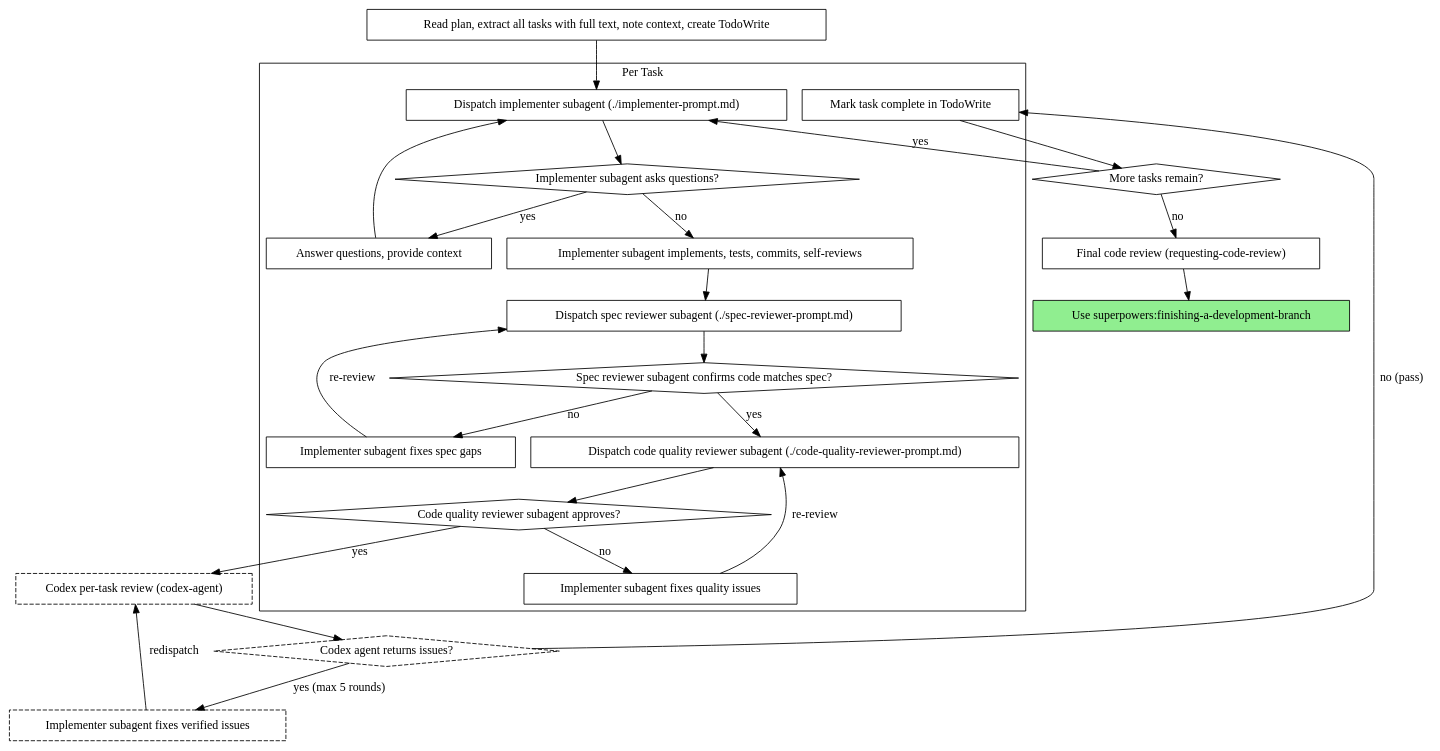
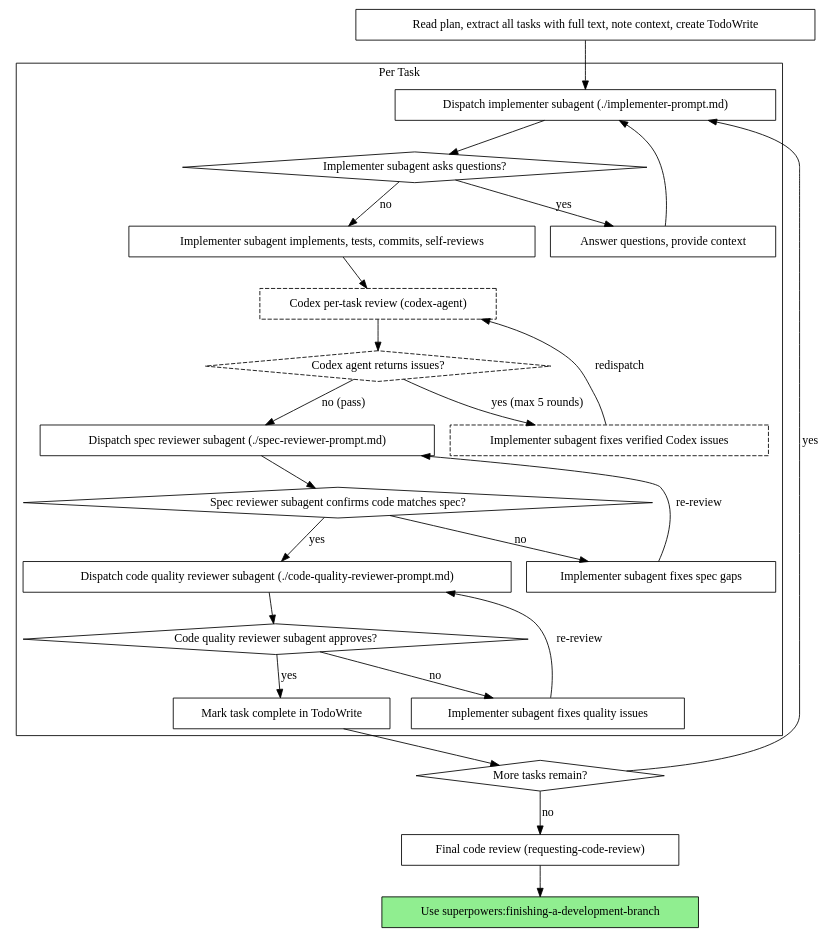
The second of 2 diagrams in skills/subagent-driven-development/SKILL.md (ebitoro/superpowers), drawn with Graphviz before and after one commit. The commit also changed other lines of this file and 3 other files, not shown here.

First line of the commit message:
refactor(review-order): move Codex review before spec compliance in both skills

````diff
--- a/skills/subagent-driven-development/SKILL.md
+++ b/skills/subagent-driven-development/SKILL.md
@@ -71,51 +71,51 @@
 ```dot
 digraph process {
     rankdir=TB;
 
     subgraph cluster_per_task {
         label="Per Task";
         "Dispatch implementer subagent (./implementer-prompt.md)" [shape=box];
         "Implementer subagent asks questions?" [shape=diamond];
         "Answer questions, provide context" [shape=box];
         "Implementer subagent implements, tests, commits, self-reviews" [shape=box];
+        "Codex per-task review (codex-agent)" [shape=box style=dashed];
+        "Codex agent returns issues?" [shape=diamond style=dashed];
+        "Implementer subagent fixes verified Codex issues" [shape=box style=dashed];
         "Dispatch spec reviewer subagent (./spec-reviewer-prompt.md)" [shape=box];
         "Spec reviewer subagent confirms code matches spec?" [shape=diamond];
         "Implementer subagent fixes spec gaps" [shape=box];
         "Dispatch code quality reviewer subagent (./code-quality-reviewer-prompt.md)" [shape=box];
         "Code quality reviewer subagent approves?" [shape=diamond];
         "Implementer subagent fixes quality issues" [shape=box];
         "Mark task complete in TodoWrite" [shape=box];
     }
 
     "Read plan, extract all tasks with full text, note context, create TodoWrite" [shape=box];
     "More tasks remain?" [shape=diamond];
     "Final code review (requesting-code-review)" [shape=box];
     "Use superpowers:finishing-a-development-branch" [shape=box style=filled fillcolor=lightgreen];
 
     "Read plan, extract all tasks with full text, note context, create TodoWrite" -> "Dispatch implementer subagent (./implementer-prompt.md)";
     "Dispatch implementer subagent (./implementer-prompt.md)" -> "Implementer subagent asks questions?";
     "Implementer subagent asks questions?" -> "Answer questions, provide context" [label="yes"];
     "Answer questions, provide context" -> "Dispatch implementer subagent (./implementer-prompt.md)";
     "Implementer subagent asks questions?" -> "Implementer subagent implements, tests, commits, self-reviews" [label="no"];
-    "Implementer subagent implements, tests, commits, self-reviews" -> "Dispatch spec reviewer subagent (./spec-reviewer-prompt.md)";
+    "Implementer subagent implements, tests, commits, self-reviews" -> "Codex per-task review (codex-agent)";
+    "Codex per-task review (codex-agent)" -> "Codex agent returns issues?";
+    "Codex agent returns issues?" -> "Implementer subagent fixes verified Codex issues" [label="yes (max 5 rounds)"];
+    "Implementer subagent fixes verified Codex issues" -> "Codex per-task review (codex-agent)" [label="redispatch"];
+    "Codex agent returns issues?" -> "Dispatch spec reviewer subagent (./spec-reviewer-prompt.md)" [label="no (pass)"];
     "Dispatch spec reviewer subagent (./spec-reviewer-prompt.md)" -> "Spec reviewer subagent confirms code matches spec?";
     "Spec reviewer subagent confirms code matches spec?" -> "Implementer subagent fixes spec gaps" [label="no"];
     "Implementer subagent fixes spec gaps" -> "Dispatch spec reviewer subagent (./spec-reviewer-prompt.md)" [label="re-review"];
     "Spec reviewer subagent confirms code matches spec?" -> "Dispatch code quality reviewer subagent (./code-quality-reviewer-prompt.md)" [label="yes"];
     "Dispatch code quality reviewer subagent (./code-quality-reviewer-prompt.md)" -> "Code quality reviewer subagent approves?";
     "Code quality reviewer subagent approves?" -> "Implementer subagent fixes quality issues" [label="no"];
     "Implementer subagent fixes quality issues" -> "Dispatch code quality reviewer subagent (./code-quality-reviewer-prompt.md)" [label="re-review"];
-    "Code quality reviewer subagent approves?" -> "Codex per-task review (codex-agent)" [label="yes"];
-    "Codex per-task review (codex-agent)" [shape=box style=dashed];
-    "Codex agent returns issues?" [shape=diamond style=dashed];
-    "Implementer subagent fixes verified issues" [shape=box style=dashed];
-    "Codex per-task review (codex-agent)" -> "Codex agent returns issues?";
-    "Codex agent returns issues?" -> "Mark task complete in TodoWrite" [label="no (pass)"];
-    "Codex agent returns issues?" -> "Implementer subagent fixes verified issues" [label="yes (max 5 rounds)"];
-    "Implementer subagent fixes verified issues" -> "Codex per-task review (codex-agent)" [label="redispatch"];
+    "Code quality reviewer subagent approves?" -> "Mark task complete in TodoWrite" [label="yes"];
     "Mark task complete in TodoWrite" -> "More tasks remain?";
     "More tasks remain?" -> "Dispatch implementer subagent (./implementer-prompt.md)" [label="yes"];
     "More tasks remain?" -> "Final code review (requesting-code-review)" [label="no"];
     "Final code review (requesting-code-review)" -> "Use superpowers:finishing-a-development-branch";
 }
 ```
````
